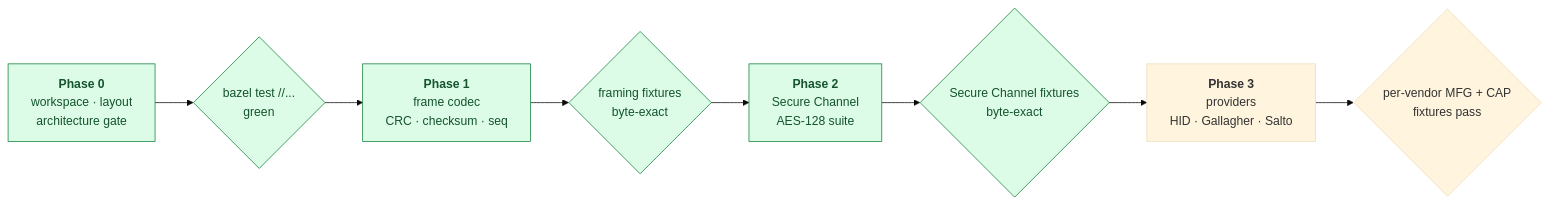
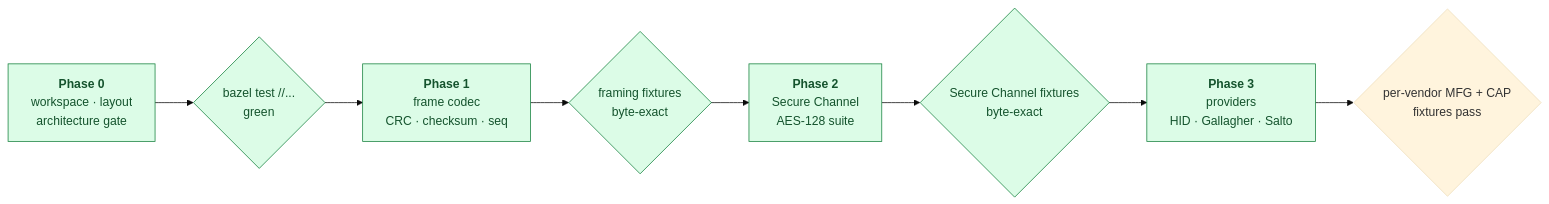
One commit to regalium-os/osdp-go changed the fourth of 4 diagrams in README.md. Above: the diagram before and after it, drawn with Mermaid (base theme). The commit also changed other lines of this file and 37 other files, not shown here.

````diff
--- a/README.md
+++ b/README.md
@@ -202,16 +202,16 @@
 ```mermaid
 flowchart LR
     p0["<b>Phase 0</b><br/>workspace · layout<br/>architecture gate"]
     g0{"bazel test //...<br/>green"}
     p1["<b>Phase 1</b><br/>frame codec<br/>CRC · checksum · seq"]
     g1{"framing fixtures<br/>byte-exact"}
     p2["<b>Phase 2</b><br/>Secure Channel<br/>AES-128 suite"]
     g2{"Secure Channel fixtures<br/>byte-exact"}
     p3["<b>Phase 3</b><br/>providers<br/>HID · Gallagher · Salto"]
     g3{"per-vendor MFG + CAP<br/>fixtures pass"}
 
     p0 --> g0 --> p1 --> g1 --> p2 --> g2 --> p3 --> g3
 
     classDef done fill:#dcfce7,stroke:#15803d,color:#14532d
-    class p0,g0,p1,g1,p2,g2 done
+    class p0,g0,p1,g1,p2,g2,p3 done
 ```
````
